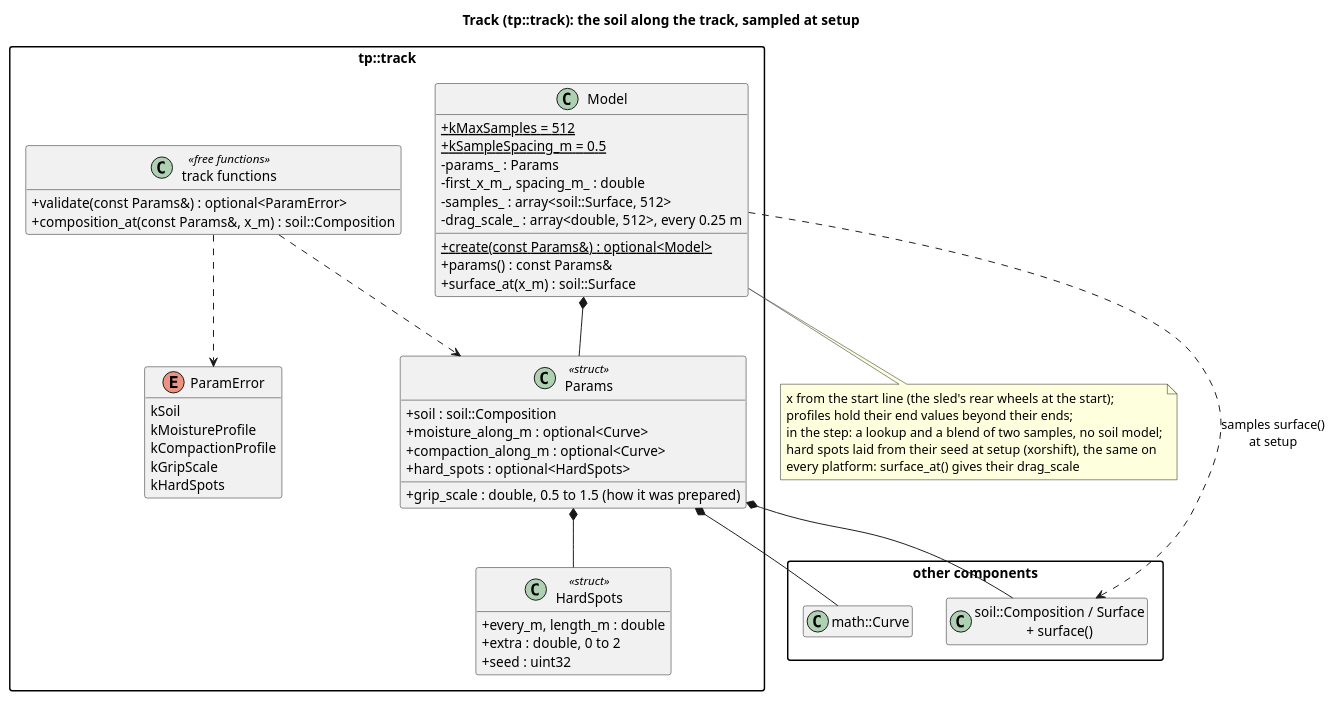
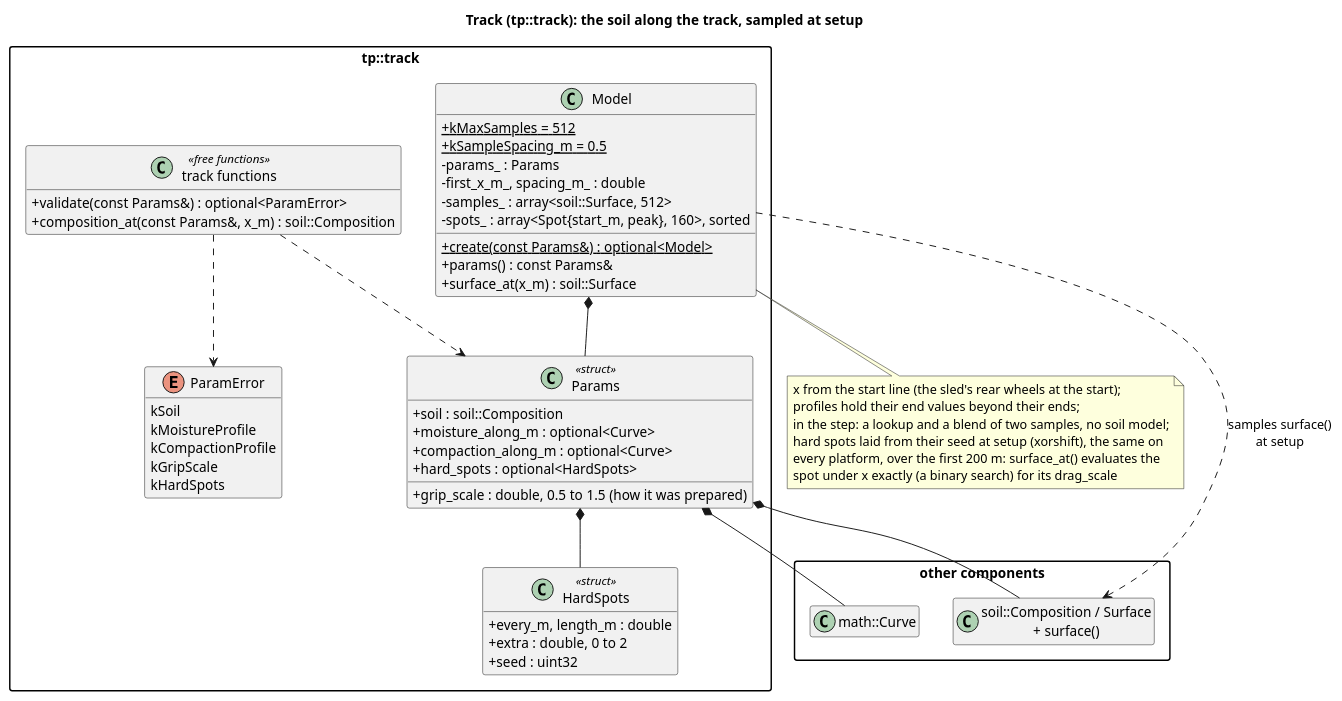
Before and after one commit to wversteeg/TractorPulling: the diagram in docs/diagrams/track_classes.puml, drawn with PlantUML. The commit also changed 9 other files, not shown here.

First line of the commit message:
Review: hard spots evaluated exactly, the drag even past them; nits

```diff
--- a/docs/diagrams/track_classes.puml
+++ b/docs/diagrams/track_classes.puml
@@ -1,62 +1,63 @@
 @startuml track_classes
 title Track (tp::track): the soil along the track, sampled at setup
 hide empty members
 skinparam packageStyle rectangle
 skinparam classAttributeIconSize 0
 
 package "other components" {
   class "soil::Composition / Surface\n+ surface()" as Soil
   class "math::Curve" as Curve
 }
 
 package "tp::track" {
   class Params <<struct>> {
     +soil : soil::Composition
     +moisture_along_m : optional<Curve>
     +compaction_along_m : optional<Curve>
     +grip_scale : double, 0.5 to 1.5 (how it was prepared)
     +hard_spots : optional<HardSpots>
   }
   class HardSpots <<struct>> {
     +every_m, length_m : double
     +extra : double, 0 to 2
     +seed : uint32
   }
   class Model {
     +{static} kMaxSamples = 512
     +{static} kSampleSpacing_m = 0.5
     -params_ : Params
     -first_x_m_, spacing_m_ : double
     -samples_ : array<soil::Surface, 512>
-    -drag_scale_ : array<double, 512>, every 0.25 m
+    -spots_ : array<Spot{start_m, peak}, 160>, sorted
     +{static} create(const Params&) : optional<Model>
     +params() : const Params&
     +surface_at(x_m) : soil::Surface
   }
   enum ParamError {
     kSoil
     kMoistureProfile
     kCompactionProfile
     kGripScale
     kHardSpots
   }
   class "track functions" as TrackFns <<free functions>> {
     +validate(const Params&) : optional<ParamError>
     +composition_at(const Params&, x_m) : soil::Composition
   }
   Model *-- Params
   Params *-- HardSpots
   TrackFns ..> Params
   TrackFns ..> ParamError
 }
 Params *-- Curve
 Params *-- Soil
 Model ..> Soil : samples surface()\nat setup
 note bottom of Model
   x from the start line (the sled's rear wheels at the start);
   profiles hold their end values beyond their ends;
   in the step: a lookup and a blend of two samples, no soil model;
   hard spots laid from their seed at setup (xorshift), the same on
-  every platform: surface_at() gives their drag_scale
+  every platform, over the first 200 m: surface_at() evaluates the
+  spot under x exactly (a binary search) for its drag_scale
 end note
 @enduml
```
